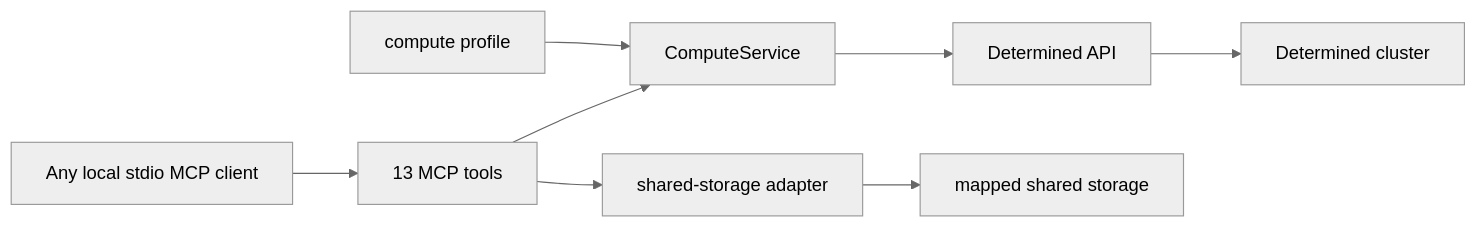
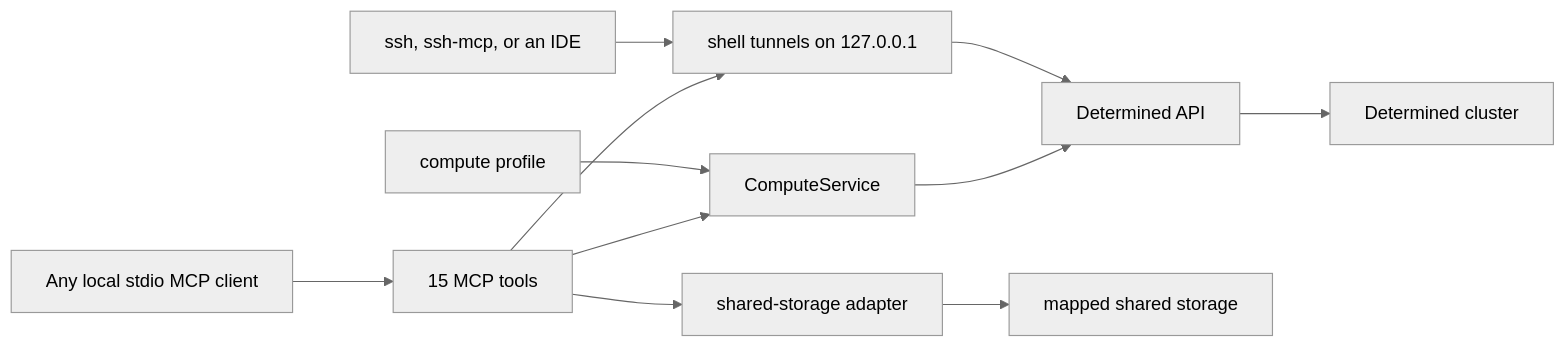
Before and after one commit to WU-CVGL/determined_cluster_mcp: the diagram in docs/compute-service.md, drawn with Mermaid (neutral theme). The commit also changed other lines of this file and 16 other files, not shown here.

First line of the commit message:
feat(shell): local SSH access to running shells for ssh-mcp and other SSH clients (#20)

````diff
--- a/docs/compute-service.md
+++ b/docs/compute-service.md
@@ -11,10 +11,13 @@
 ```mermaid
 flowchart LR
-    U[Any local stdio MCP client] --> M[13 MCP tools]
+    U[Any local stdio MCP client] --> M[15 MCP tools]
     M --> C[ComputeService]
     C --> A[Determined API]
     A --> K[Determined cluster]
     P[compute profile] --> C
     M --> S[shared-storage adapter]
     S --> H[mapped shared storage]
+    M --> T[shell tunnels on 127.0.0.1]
+    X[ssh, ssh-mcp, or an IDE] --> T
+    T --> A
 ```
````
